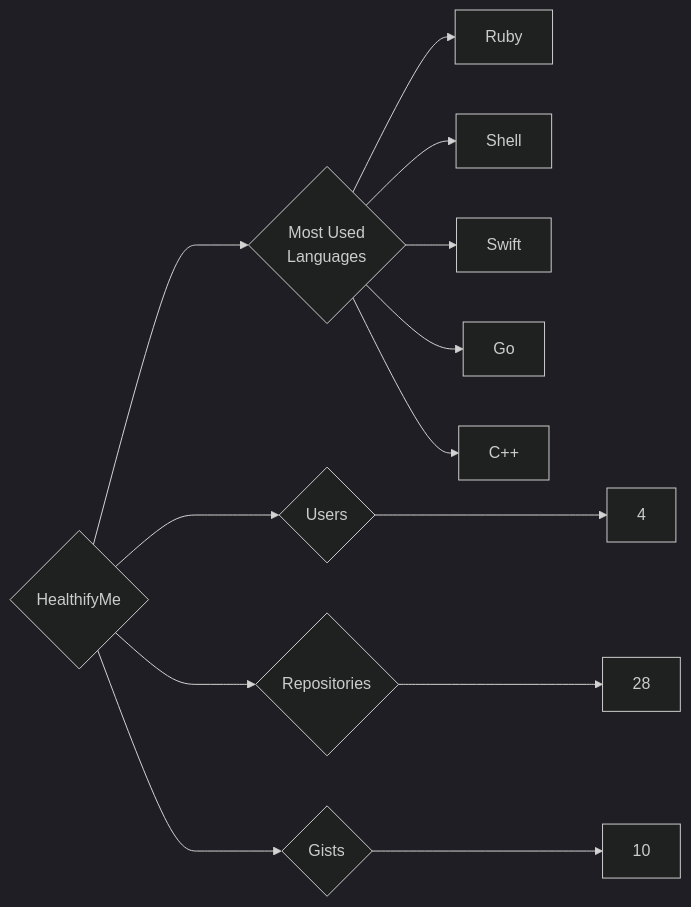
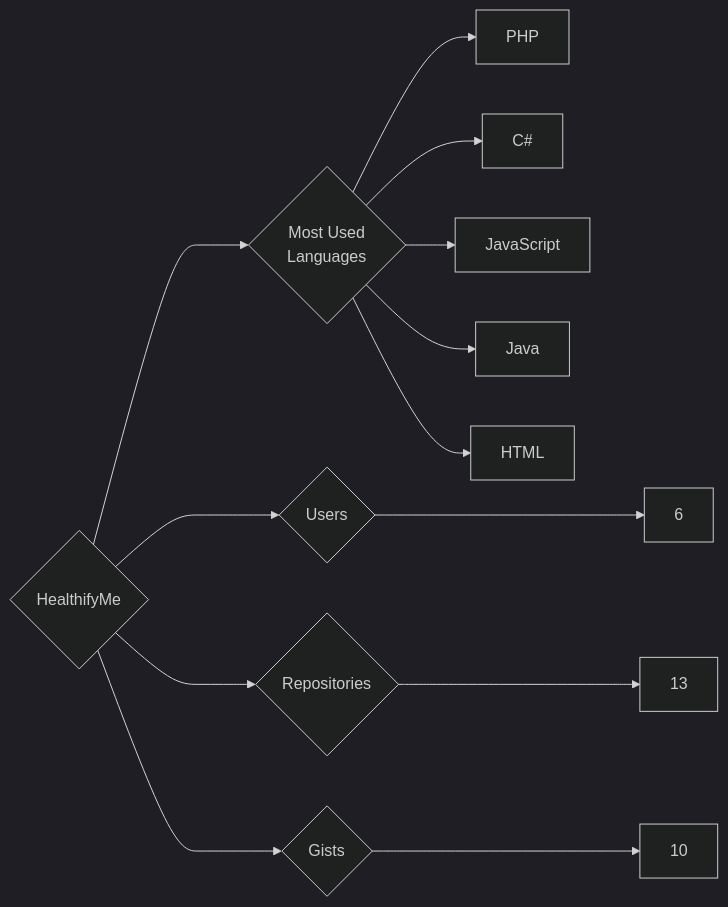
One commit to trickest/insiders changed the diagram in targets/HealthifyMe/README.md. Above: the diagram before and after it, drawn with Mermaid (dark theme). The commit also changed 1089 other files, not shown here.

````diff
--- a/targets/HealthifyMe/README.md
+++ b/targets/HealthifyMe/README.md
@@ -3,13 +3,13 @@
 ```mermaid
 graph LR
 COMPANY_NAME{HealthifyMe}
-COMPANY_NAME ---> U{Users} ---> UN[4]
-COMPANY_NAME ---> R{Repositories} ---> RN[28]
+COMPANY_NAME ---> U{Users} ---> UN[6]
+COMPANY_NAME ---> R{Repositories} ---> RN[13]
 COMPANY_NAME ---> G{Gists} ---> GN[10]
 COMPANY_NAME ---> ML{Most Used<br>Languages}
-ML --> Ruby[Ruby]
-ML --> Shell[Shell]
-ML --> Swift[Swift]
-ML --> Go[Go]
-ML --> C++[C++]
+ML --> PHP[PHP]
+ML --> C#[C#]
+ML --> JavaScript[JavaScript]
+ML --> Java[Java]
+ML --> HTML[HTML]
 ```
````
